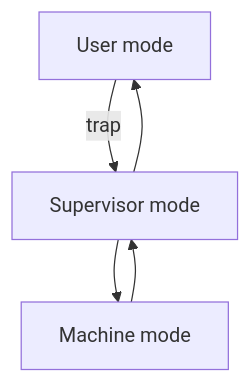
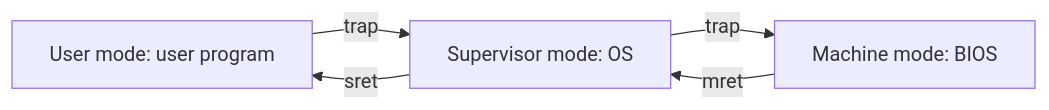
Before and after one commit to Luo-Jiayi/Luo-Jiayi.github.io: the third of 7 diagrams in _posts/2025-05-26-embeddedSys.md, drawn with Mermaid. The commit also changed other lines of this file and 4 other files, not shown here.

````diff
--- a/_posts/2025-05-26-embeddedSys.md
+++ b/_posts/2025-05-26-embeddedSys.md
@@ -108,10 +121,10 @@
 ```mermaid
-graph TB;
-A[User mode]
-B[Supervisor mode]
-C[Machine mode]
+graph LR;
+A[User mode: user program]
+B[Supervisor mode: OS]
+C[Machine mode: BIOS]
 A--trap-->B;
-B-->C;
-B-->A;
-C-->B;
+B--trap-->C;
+B--sret-->A;
+C--mret-->B;
 ```
````
